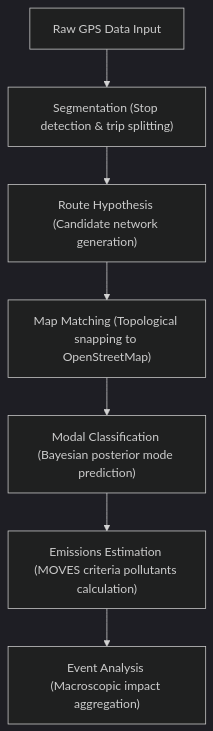
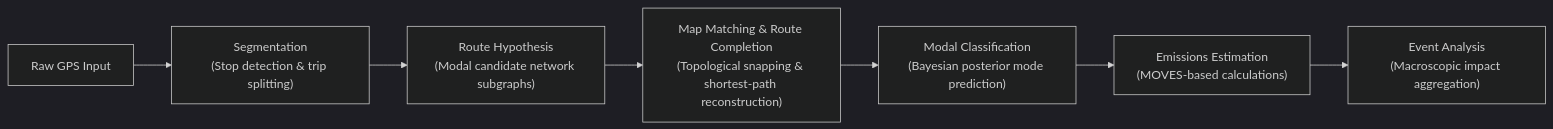
Before and after one commit to vladimirp07/gps-emissions-pipeline: the diagram in README.md, drawn with Mermaid (dark theme).

Commit message:
docs: hacer horizontal diagrama Mermaid y precisar fases de ruteo y completado

````diff
--- a/README.md
+++ b/README.md
@@ -9,9 +9,9 @@
 ```mermaid
-flowchart TD
-    A["Raw GPS Data Input"] --> B["Segmentation (Stop detection & trip splitting)"]
-    B --> C["Route Hypothesis (Candidate network generation)"]
-    C --> D["Map Matching (Topological snapping to OpenStreetMap)"]
-    D --> E["Modal Classification (Bayesian posterior mode prediction)"]
-    E --> F["Emissions Estimation (MOVES criteria pollutants calculation)"]
-    F --> G["Event Analysis (Macroscopic impact aggregation)"]
+flowchart LR
+    A["Raw GPS Input"] --> B["Segmentation<br>(Stop detection & trip splitting)"]
+    B --> C["Route Hypothesis<br>(Modal candidate network subgraphs)"]
+    C --> D["Map Matching & Route Completion<br>(Topological snapping & shortest-path reconstruction)"]
+    D --> E["Modal Classification<br>(Bayesian posterior mode prediction)"]
+    E --> F["Emissions Estimation<br>(MOVES-based calculations)"]
+    F --> G["Event Analysis<br>(Macroscopic impact aggregation)"]
 ```
````
